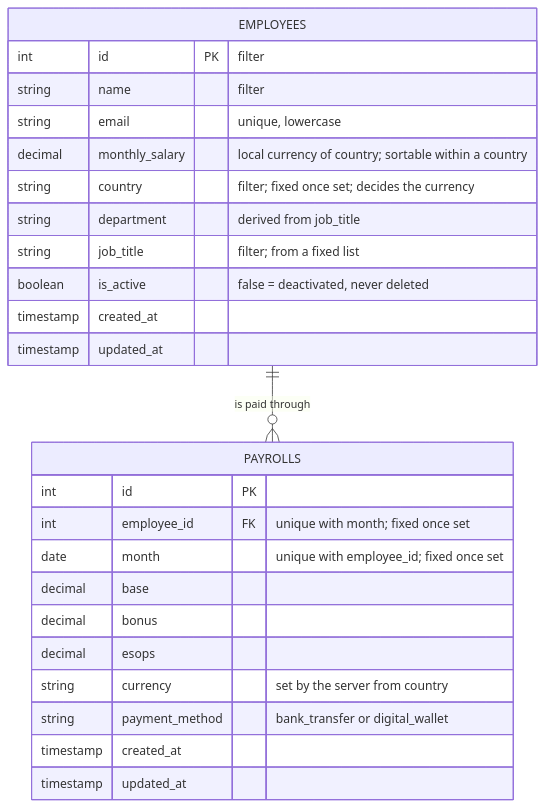
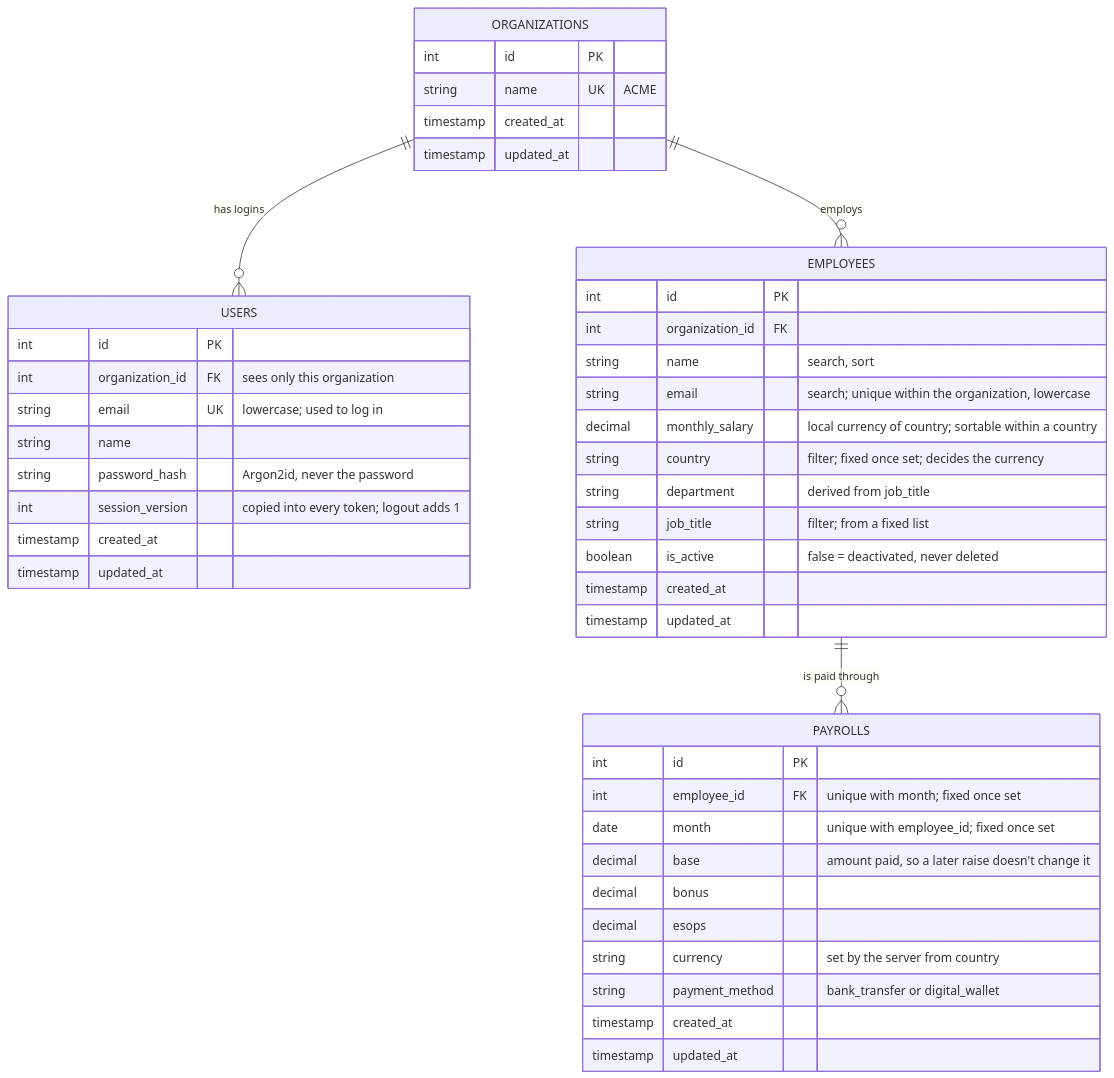
Before and after one commit to DaX-523/incubyte_salary_mgmt: the first of 4 diagrams in artifacts/DIAGRAMS.md, drawn with Mermaid. The commit also changed other lines of this file and 1 other file, not shown here.

Commit message:
update diagram and add note

````diff
--- a/artifacts/DIAGRAMS.md
+++ b/artifacts/DIAGRAMS.md
@@ -9,30 +12,51 @@
 ```mermaid
 erDiagram
+    ORGANIZATIONS ||--o{ USERS : "has logins"
+    ORGANIZATIONS ||--o{ EMPLOYEES : "employs"
     EMPLOYEES ||--o{ PAYROLLS : "is paid through"
 
+    ORGANIZATIONS {
+        int id PK
+        string name UK "ACME"
+        timestamp created_at
+        timestamp updated_at
+    }
+
+    USERS {
+        int id PK
+        int organization_id FK "sees only this organization"
+        string email UK "lowercase; used to log in"
+        string name
+        string password_hash "Argon2id, never the password"
+        int session_version "copied into every token; logout adds 1"
+        timestamp created_at
+        timestamp updated_at
+    }
+
     EMPLOYEES {
-        int id PK "filter"
-        string name "filter"
-        string email "unique, lowercase"
+        int id PK
+        int organization_id FK
+        string name "search, sort"
+        string email "search; unique within the organization, lowercase"
         decimal monthly_salary "local currency of country; sortable within a country"
         string country "filter; fixed once set; decides the currency"
         string department "derived from job_title"
         string job_title "filter; from a fixed list"
         boolean is_active "false = deactivated, never deleted"
         timestamp created_at
         timestamp updated_at
     }
 
     PAYROLLS {
         int id PK
         int employee_id FK "unique with month; fixed once set"
         date month "unique with employee_id; fixed once set"
-        decimal base
+        decimal base "amount paid, so a later raise doesn't change it"
         decimal bonus
         decimal esops
         string currency "set by the server from country"
         string payment_method "bank_transfer or digital_wallet"
         timestamp created_at
         timestamp updated_at
     }
 ```
````
